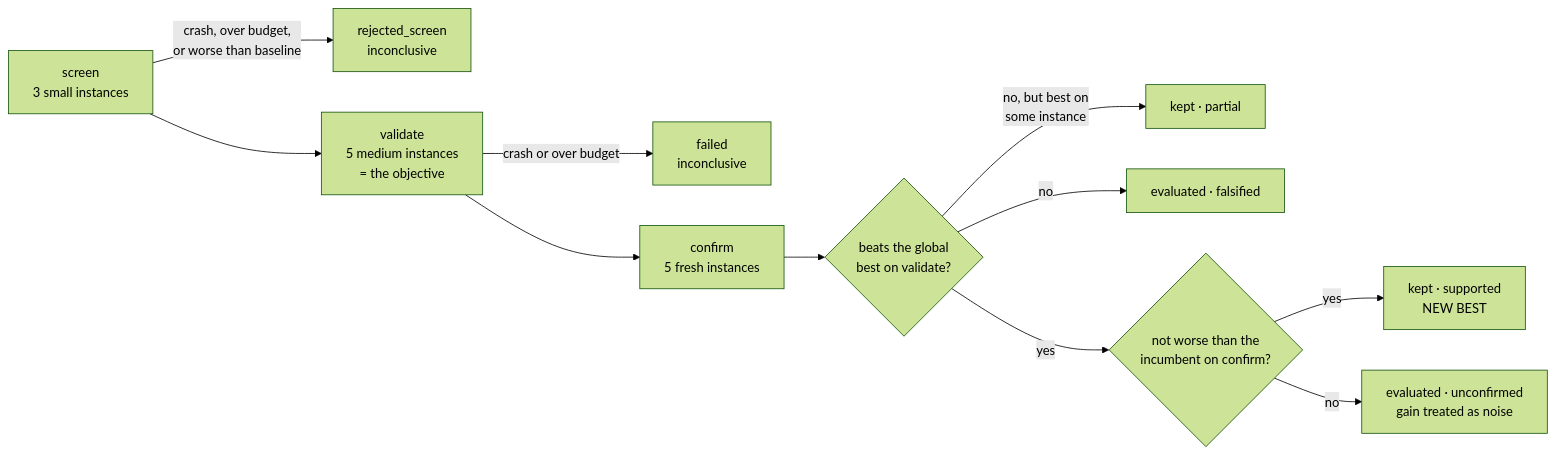
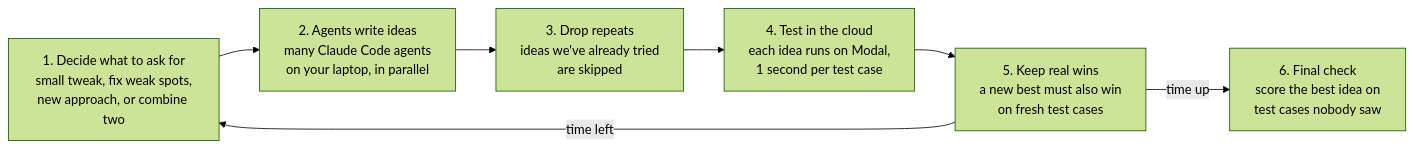
The diagram in autoresearch-optimizer/README.md (abdullah-athar/iterate-futurebiohackers), drawn with Mermaid (forest theme) before and after one commit. The commit also changed other lines of this file, not shown here.

Commit message:
README: replace the three flowcharts with one plain-English overview

````diff
--- a/autoresearch-optimizer/README.md
+++ b/autoresearch-optimizer/README.md
@@ -72,13 +34,12 @@
 ```mermaid
 flowchart LR
-    S["screen<br/>3 small instances"] -->|crash, over budget,<br/>or worse than baseline| RS["rejected_screen<br/>inconclusive"]
-    S --> V["validate<br/>5 medium instances<br/>= the objective"]
-    V -->|crash or over budget| F["failed<br/>inconclusive"]
-    V --> C["confirm<br/>5 fresh instances"]
-    C --> Q{"beats the global<br/>best on validate?"}
-    Q -->|no, but best on<br/>some instance| P["kept · partial"]
-    Q -->|no| X["evaluated · falsified"]
-    Q -->|yes| R{"not worse than the<br/>incumbent on confirm?"}
-    R -->|yes| SUP["kept · supported<br/>NEW BEST"]
-    R -->|no| U["evaluated · unconfirmed<br/>gain treated as noise"]
+    A["1. Decide what to ask for<br/>small tweak, fix weak spots,<br/>new approach, or combine two"]
+    B["2. Agents write ideas<br/>many Claude Code agents<br/>on your laptop, in parallel"]
+    C["3. Drop repeats<br/>ideas we've already tried<br/>are skipped"]
+    D["4. Test in the cloud<br/>each idea runs on Modal,<br/>1 second per test case"]
+    E["5. Keep real wins<br/>a new best must also win<br/>on fresh test cases"]
+    F["6. Final check<br/>score the best idea on<br/>test cases nobody saw"]
+    A --> B --> C --> D --> E
+    E -->|time left| A
+    E -->|time up| F
 ```
````
